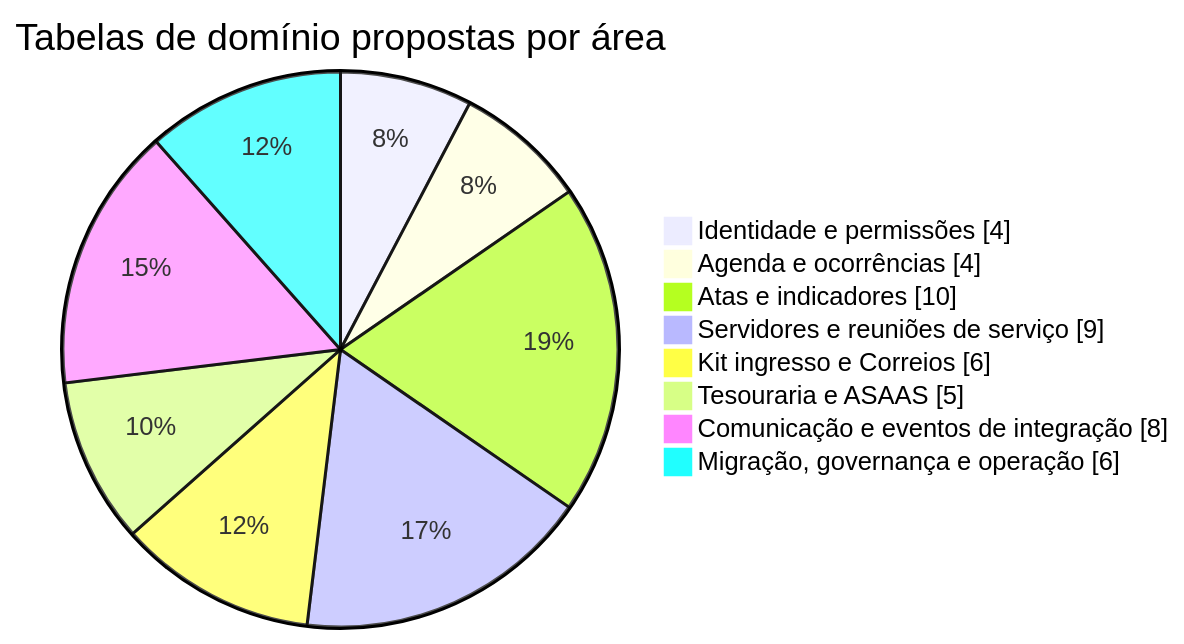
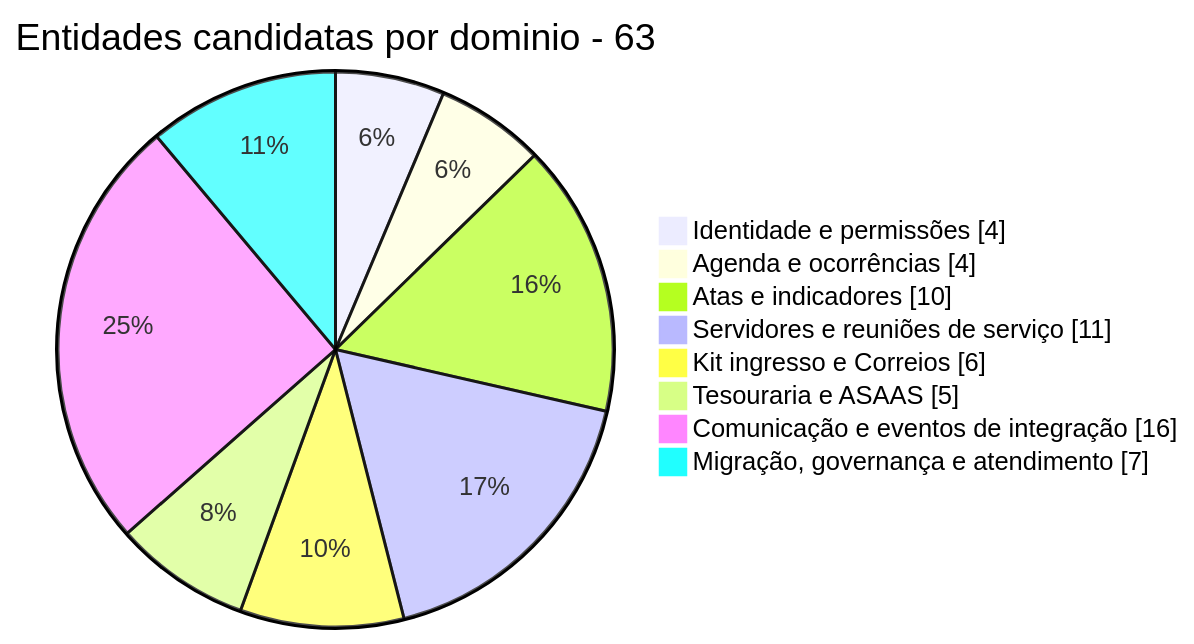
One commit to grupoquarentena/site changed the fifth of 17 diagrams in _bmad-output/planning-artifacts/Arquitetura.md. Above: the diagram before and after it, drawn with Mermaid. The commit also changed other lines of this file and 4 other files, not shown here.

````diff
--- a/_bmad-output/planning-artifacts/Arquitetura.md
+++ b/_bmad-output/planning-artifacts/Arquitetura.md
@@ -263,12 +310,12 @@
 ```mermaid
 pie showData
-  title Tabelas de domínio propostas por área
+  title Entidades candidatas por dominio - 63
   "Identidade e permissões" : 4
   "Agenda e ocorrências" : 4
   "Atas e indicadores" : 10
-  "Servidores e reuniões de serviço" : 9
+  "Servidores e reuniões de serviço" : 11
   "Kit ingresso e Correios" : 6
   "Tesouraria e ASAAS" : 5
-  "Comunicação e eventos de integração" : 8
-  "Migração, governança e operação" : 6
+  "Comunicação e eventos de integração" : 16
+  "Migração, governança e atendimento" : 7
 ```
````
